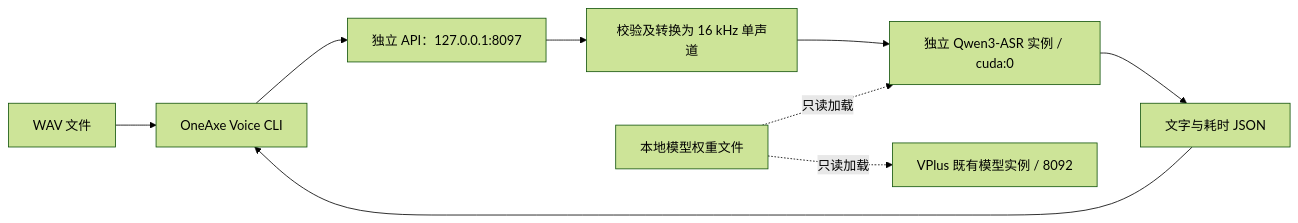
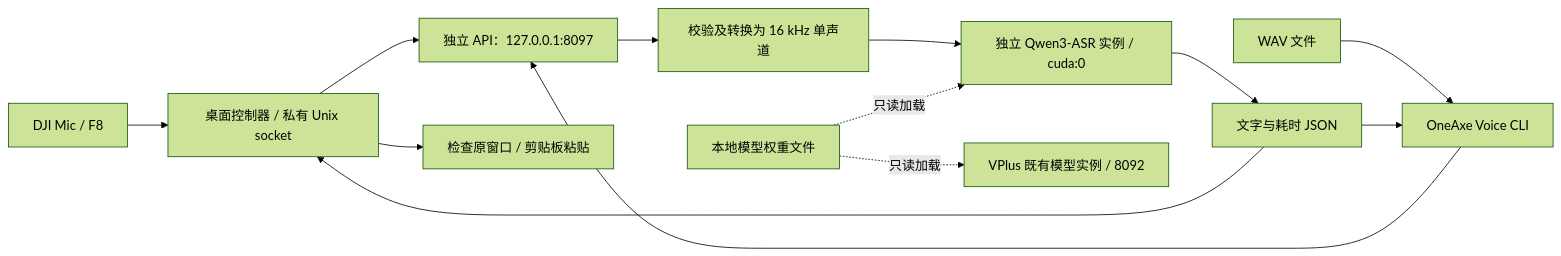
The diagram in docs/architecture.md (insky2017/oneaxe-voice), drawn with Mermaid (forest theme) before and after one commit. The commit also changed other lines of this file and 12 other files, not shown here.

````diff
--- a/docs/architecture.md
+++ b/docs/architecture.md
@@ -5,11 +5,15 @@
 ```mermaid
 flowchart LR
+    M[DJI Mic / F8] --> K[桌面控制器 / 私有 Unix socket]
+    K --> C
     A[WAV 文件] --> B[OneAxe Voice CLI]
     B --> C[独立 API：127.0.0.1:8097]
     C --> D[校验及转换为 16 kHz 单声道]
     D --> E[独立 Qwen3-ASR 实例 / cuda:0]
     E --> F[文字与耗时 JSON]
     F --> B
+    F --> K
+    K --> P[检查原窗口 / 剪贴板粘贴]
     W[本地模型权重文件] -.只读加载.-> E
     W -.只读加载.-> V[VPlus 既有模型实例 / 8092]
 ```
````
